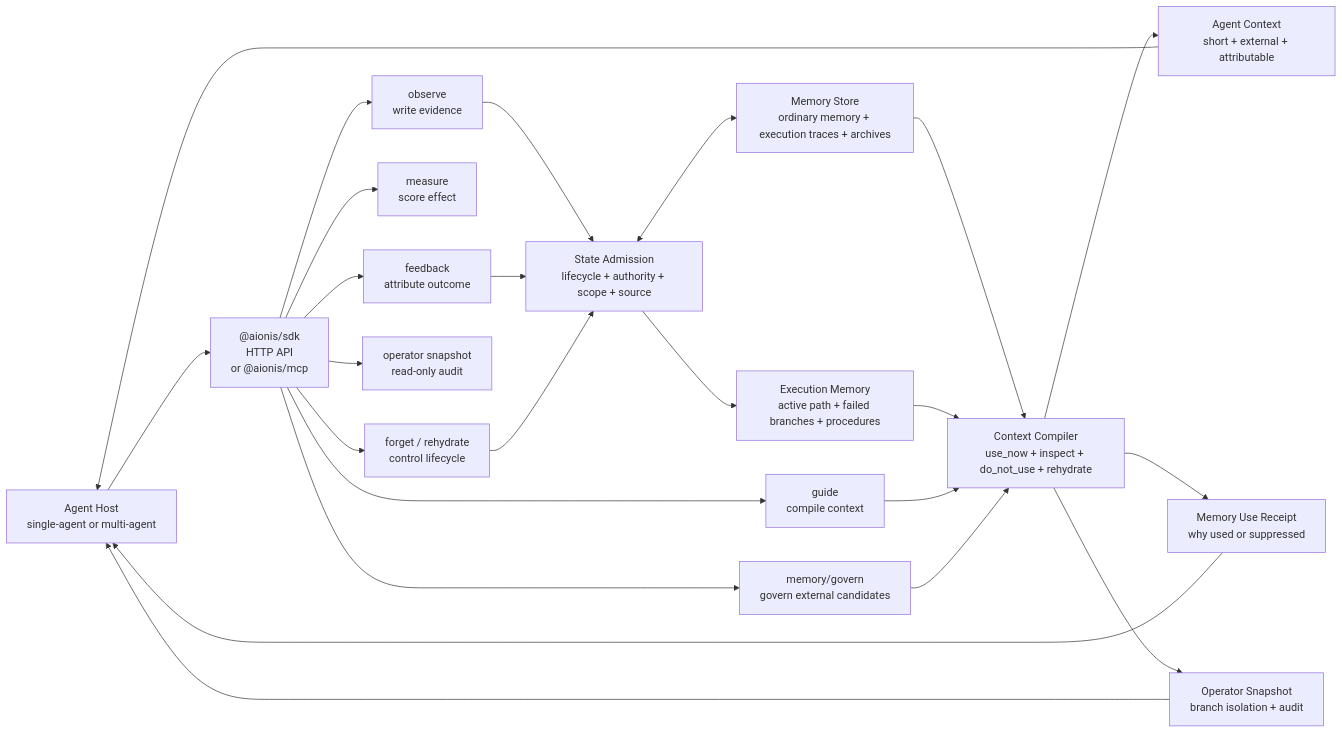
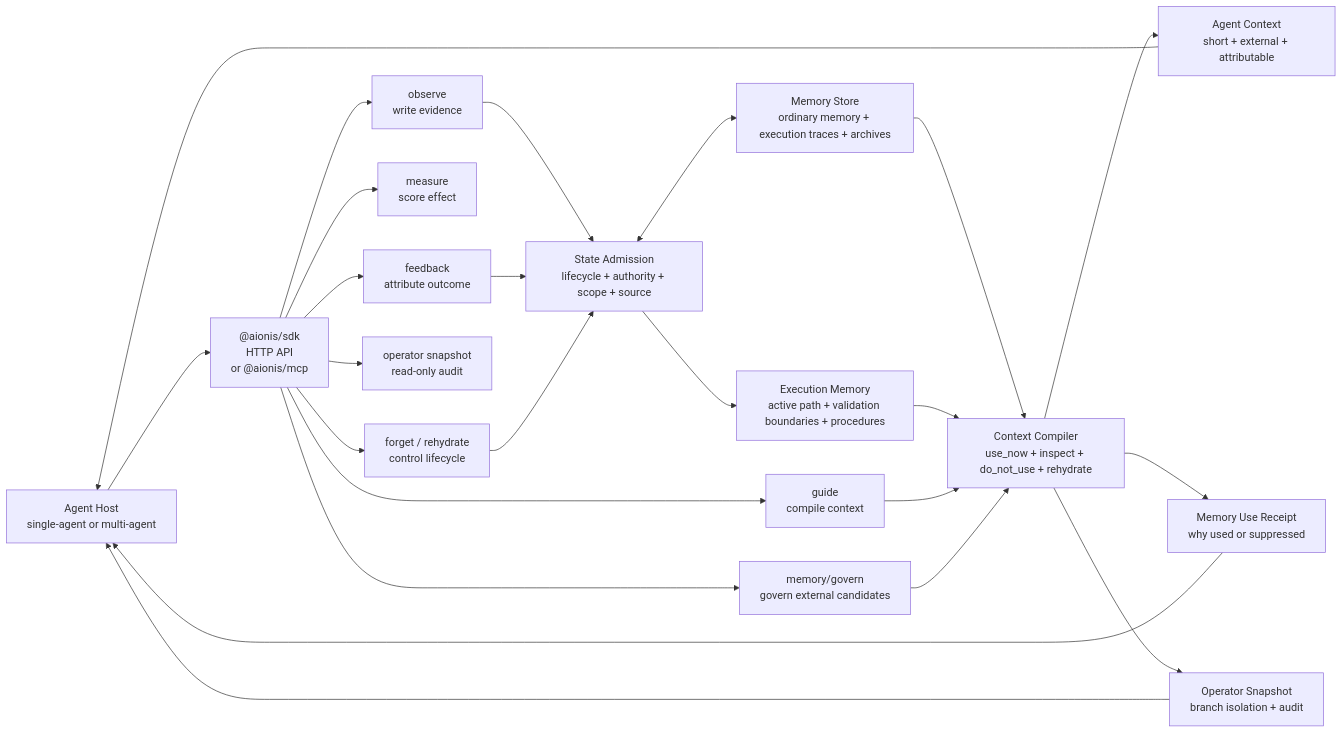
Before and after one commit to ostinatocc/Aionis: the diagram in README.md, drawn with Mermaid. The commit also changed other lines of this file and 1 other file, not shown here.

````diff
--- a/README.md
+++ b/README.md
@@ -200,32 +197,32 @@
 ```mermaid
 flowchart LR
   Host["Agent Host\nsingle-agent or multi-agent"] --> SDK["@aionis/sdk\nHTTP API\nor @aionis/mcp"]
 
   SDK --> Observe["observe\nwrite evidence"]
   SDK --> Guide["guide\ncompile context"]
   SDK --> Govern["memory/govern\ngovern external candidates"]
   SDK --> Feedback["feedback\nattribute outcome"]
   SDK --> Measure["measure\nscore effect"]
   SDK --> Forget["forget / rehydrate\ncontrol lifecycle"]
   SDK --> Snapshot["operator snapshot\nread-only audit"]
 
   Observe --> Admission["State Admission\nlifecycle + authority + scope + source"]
   Feedback --> Admission
   Forget --> Admission
 
   Admission <--> Store["Memory Store\nordinary memory + execution traces + archives"]
-  Admission --> Exec["Execution Memory\nactive path + failed branches + procedures"]
+  Admission --> Exec["Execution Memory\nactive path + validation boundaries + procedures"]
 
   Store --> Compiler["Context Compiler\nuse_now + inspect + do_not_use + rehydrate"]
   Exec --> Compiler
   Guide --> Compiler
   Govern --> Compiler
 
   Compiler --> AgentContext["Agent Context\nshort + external + attributable"]
   Compiler --> Receipt["Memory Use Receipt\nwhy used or suppressed"]
   Compiler --> Operator["Operator Snapshot\nbranch isolation + audit"]
 
   AgentContext --> Host
   Receipt --> Host
   Operator --> Host
 ```
````
